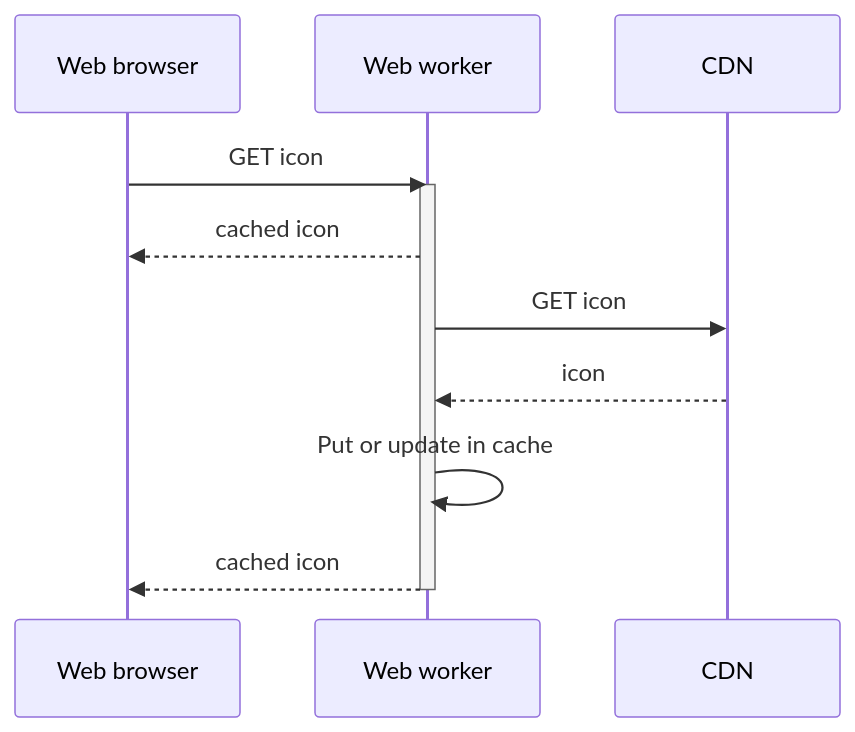
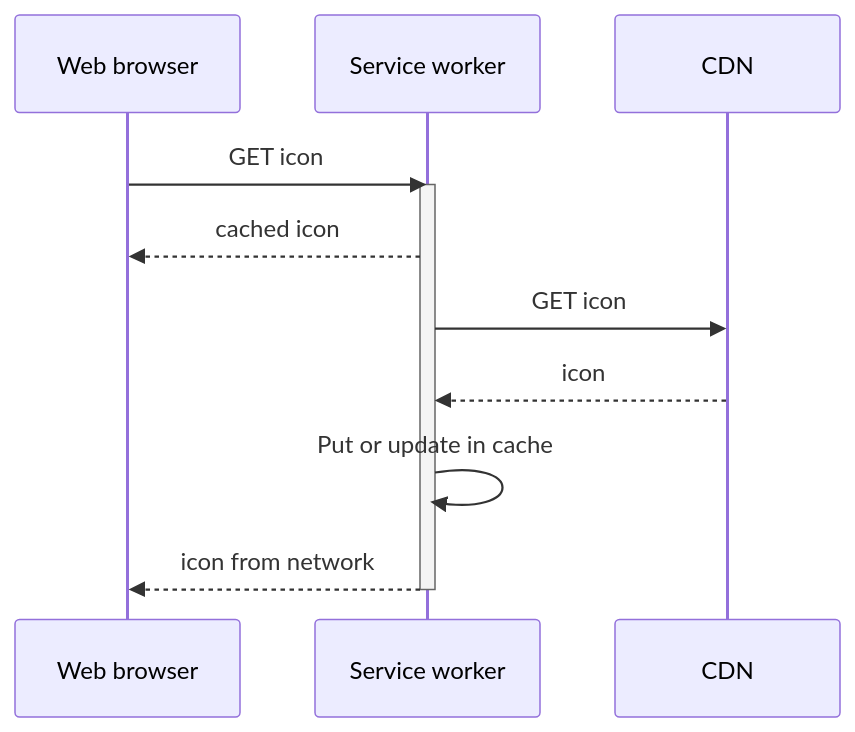
The diagram in packages/design-system/adr/icons.md (Talend/ui), drawn with Mermaid before and after one commit. The commit also changed other lines of this file, not shown here.

````diff
--- a/packages/design-system/adr/icons.md
+++ b/packages/design-system/adr/icons.md
@@ -20,14 +34,14 @@
 ```mermaid
 sequenceDiagram
     participant C as Web browser
-    participant W as Web worker
+    participant W as Service worker
     participant S as CDN
     C->>W: GET icon
     activate W
     W-->>C: cached icon
     W->>S: GET icon
     S-->>W: icon
     W->>W: Put or update in cache
-    W-->>C: cached icon
+    W-->>C: icon from network
     deactivate W
 ```
````
